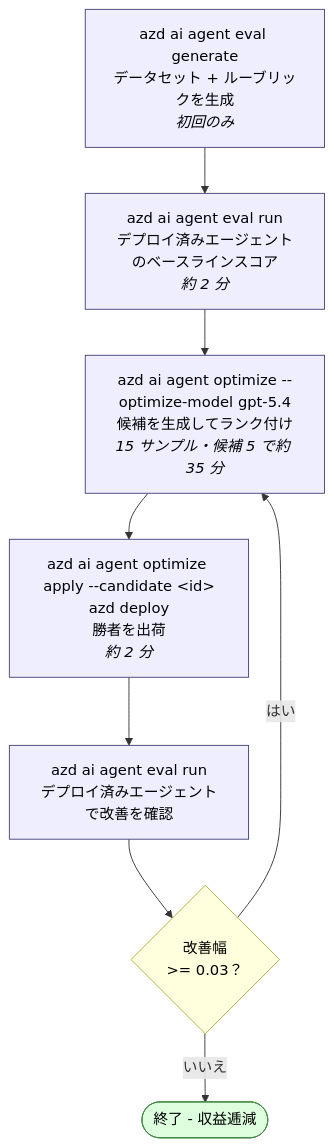
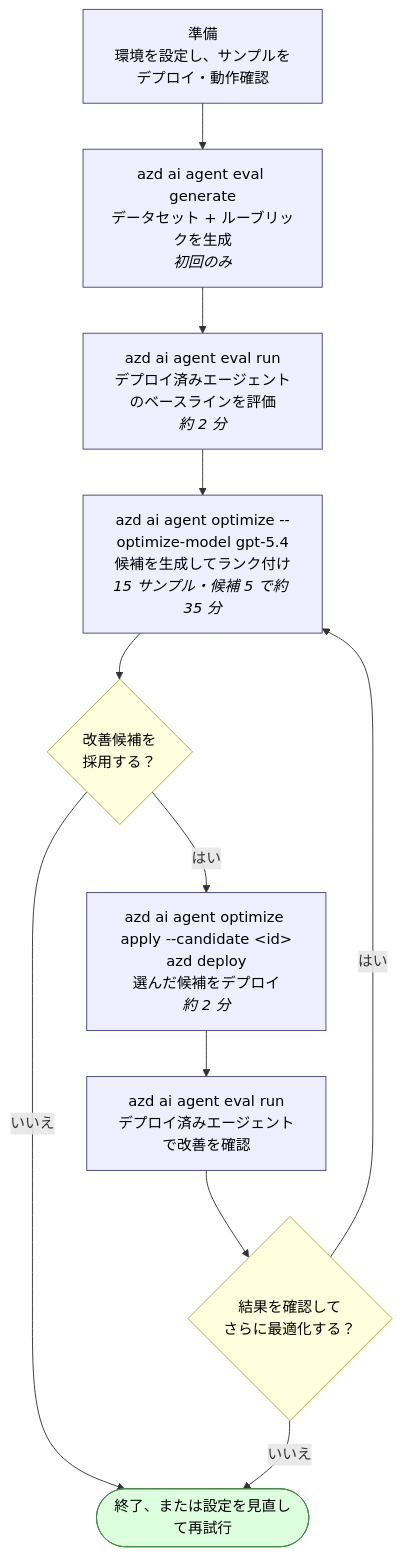
The diagram in README.md (tniita/optimization-travel-approval-agent), drawn with Mermaid before and after one commit. The commit also changed other lines of this file and 1 other file, not shown here.

````diff
--- a/README.md
+++ b/README.md
@@ -610,17 +28,20 @@
 ```mermaid
 flowchart TD
+    P["準備<br/>環境を設定し、サンプルをデプロイ・動作確認"] --> A
     A["azd ai agent eval generate<br/>データセット + ルーブリックを生成<br/><i>初回のみ</i>"] --> B
-    B["azd ai agent eval run<br/>デプロイ済みエージェントのベースラインスコア<br/><i>約 2 分</i>"] --> C
-    C["azd ai agent optimize --optimize-model gpt-5.4<br/>候補を生成してランク付け<br/><i>15 サンプル・候補 5 で約 35 分</i>"] --> D
-    D["azd ai agent optimize apply --candidate &lt;id&gt;<br/>azd deploy<br/>勝者を出荷<br/><i>約 2 分</i>"] --> E
-    E["azd ai agent eval run<br/>デプロイ済みエージェントで改善を確認"] --> F{"改善幅<br/>>= 0.03？"}
+    B["azd ai agent eval run<br/>デプロイ済みエージェントのベースラインを評価<br/><i>約 2 分</i>"] --> C
+    C["azd ai agent optimize --optimize-model gpt-5.4<br/>候補を生成してランク付け<br/><i>15 サンプル・候補 5 で約 35 分</i>"] --> H{"改善候補を<br/>採用する？"}
+    H -- はい --> D
+    H -- いいえ --> G(["終了、または設定を見直して再試行"])
+    D["azd ai agent optimize apply --candidate &lt;id&gt;<br/>azd deploy<br/>選んだ候補をデプロイ<br/><i>約 2 分</i>"] --> E
+    E["azd ai agent eval run<br/>デプロイ済みエージェントで改善を確認"] --> F{"結果を確認して<br/>さらに最適化する？"}
     F -- はい --> C
-    F -- いいえ --> G(["終了 - 収益逓減"])
+    F -- いいえ --> G
 
     classDef cmd fill:#eef,stroke:#447,stroke-width:1px,color:#000;
     classDef decision fill:#ffd,stroke:#aa4,stroke-width:1px,color:#000;
     classDef done fill:#dfd,stroke:#484,stroke-width:1px,color:#000;
-    class A,B,C,D,E cmd;
-    class F decision;
+    class P,A,B,C,D,E cmd;
+    class H,F decision;
     class G done;
 ```
````
